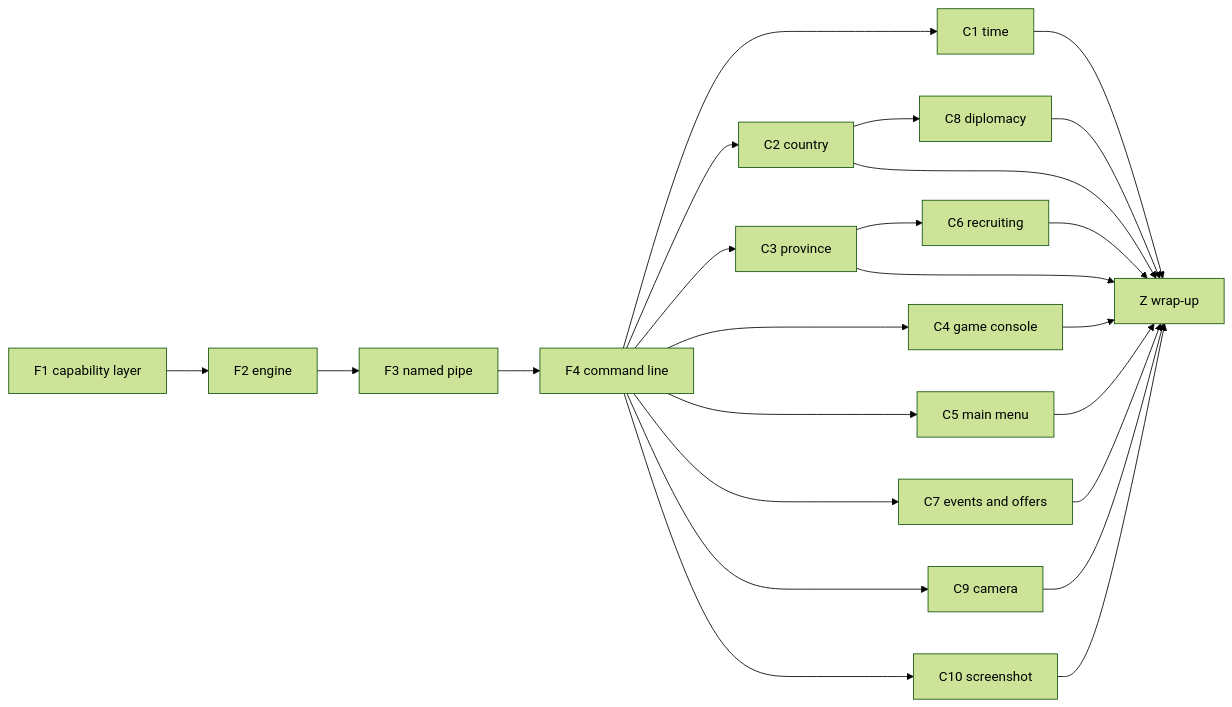
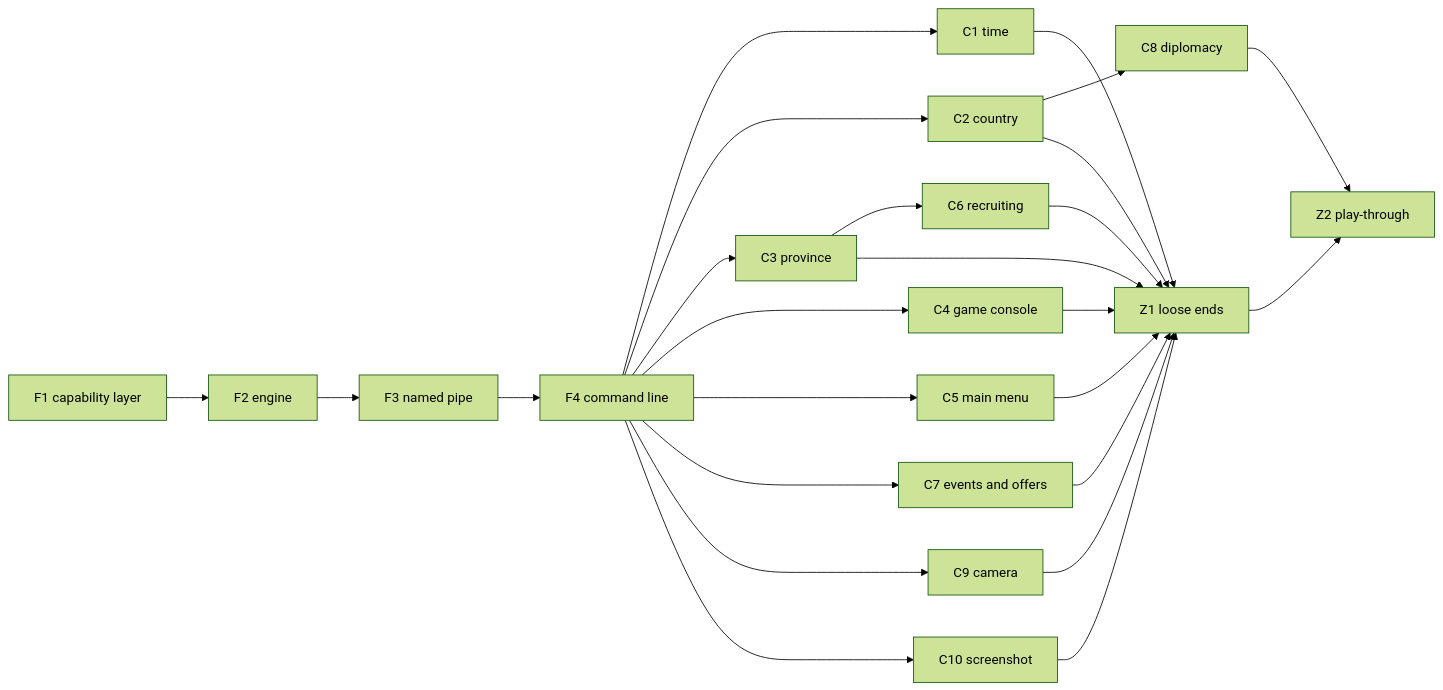
The diagram in docs/remote-control.md (KisinTheFlame/eu4-harmony), drawn with Mermaid (forest theme) before and after one commit. The commit also changed other lines of this file, not shown here.

First line of the commit message:
Cut the wrap-up in two: loose ends, then the play-through

````diff
--- a/docs/remote-control.md
+++ b/docs/remote-control.md
@@ -53,8 +53,9 @@
 ```mermaid
 graph LR
   F1[F1 capability layer] --> F2[F2 engine] --> F3[F3 named pipe] --> F4[F4 command line]
   F4 --> C1[C1 time] & C2[C2 country] & C3[C3 province] & C4[C4 game console] & C5[C5 main menu] & C7[C7 events and offers] & C9[C9 camera] & C10[C10 screenshot]
   C2 --> C8[C8 diplomacy]
   C3 --> C6[C6 recruiting]
-  C1 & C2 & C3 & C4 & C5 & C6 & C7 & C8 & C9 & C10 --> Z[Z wrap-up]
+  C1 & C2 & C3 & C4 & C5 & C6 & C7 & C9 & C10 --> Z1[Z1 loose ends]
+  Z1 & C8 --> Z2[Z2 play-through]
 ```
````
